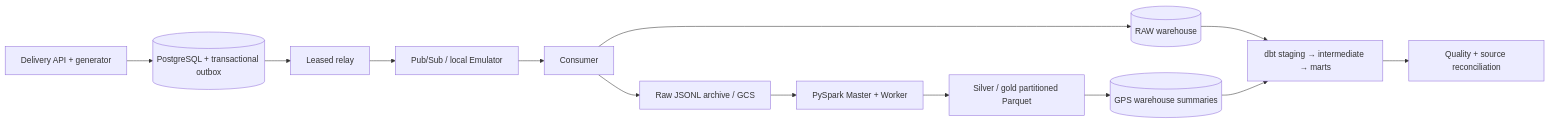
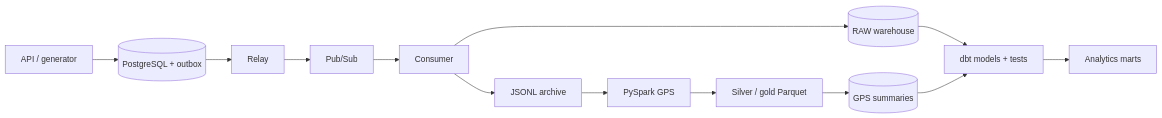
Before and after one commit to MachHongHai/RouteFlow: the diagram in README.md, drawn with Mermaid. The commit also changed other lines of this file and 33 other files, not shown here.

````diff
--- a/README.md
+++ b/README.md
@@ -15,15 +13,10 @@
 ```mermaid
 flowchart LR
-  App[Delivery API + generator] --> PG[(PostgreSQL + transactional outbox)]
-  PG --> Relay[Leased relay]
-  Relay --> PubSub[Pub/Sub / local Emulator]
-  PubSub --> Consumer[Consumer]
-  Consumer --> Archive[Raw JSONL archive / GCS]
+  App[API / generator] --> PG[(PostgreSQL + outbox)]
+  PG --> Relay --> PubSub[Pub/Sub] --> Consumer
+  Consumer --> Archive[JSONL archive]
   Consumer --> RAW[(RAW warehouse)]
-  Archive --> Spark[PySpark Master + Worker]
-  Spark --> Parquet[Silver / gold partitioned Parquet]
-  Parquet --> GPS[(GPS warehouse summaries)]
-  RAW --> dbt[dbt staging → intermediate → marts]
-  GPS --> dbt
-  dbt --> Checks[Quality + source reconciliation]
+  RAW --> dbt[dbt models + tests] --> Marts[Analytics marts]
+  Archive --> Spark[PySpark GPS] --> Parquet[Silver / gold Parquet]
+  Parquet --> GPS[(GPS summaries)] --> dbt
 ```
````
